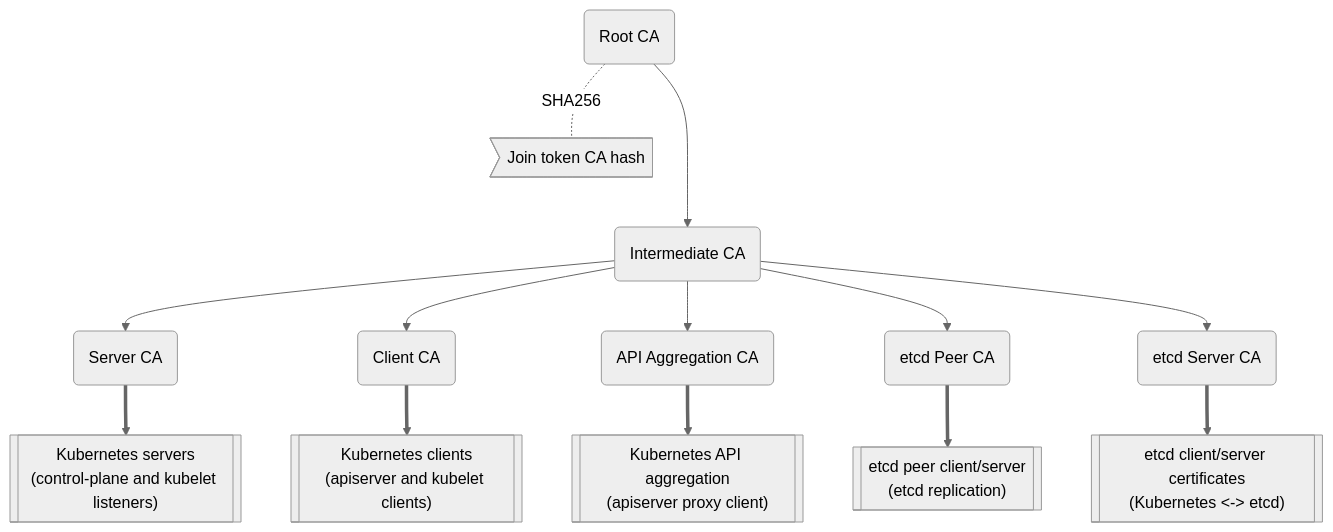
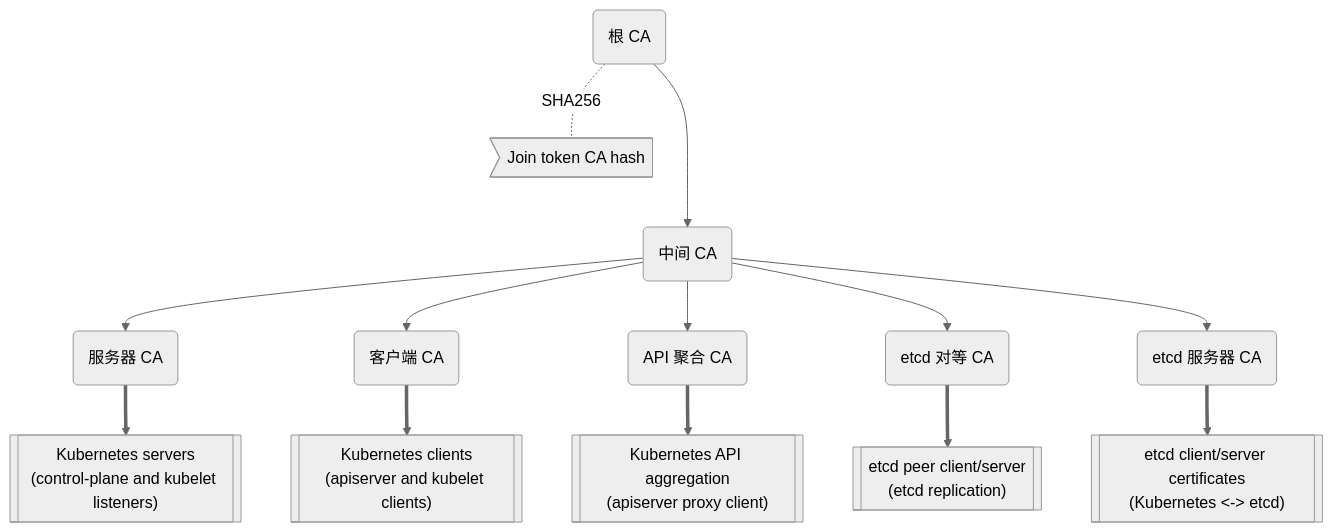
Before and after one commit to rancher/rke2-product-docs: the first of 3 diagrams in versions/latest/modules/zh/pages/security/certificates.adoc, drawn with Mermaid (neutral theme). The commit also changed other lines of this file and 323 other files, not shown here.

```diff
--- a/versions/latest/modules/zh/pages/security/certificates.adoc
+++ b/versions/latest/modules/zh/pages/security/certificates.adoc
@@ -141,27 +140,27 @@
 [mermaid]
 ....
 graph TD
-  root("Root CA")
-  intermediate("Intermediate CA")
-  server-ca("Server CA")
-  client-ca("Client CA")
-  request-header-ca("API Aggregation CA")
-  etcd-peer-ca("etcd Peer CA")
-  etcd-server-ca("etcd Server CA")
+  root("根 CA")
+  intermediate("中间 CA")
+  server-ca("服务器 CA")
+  client-ca("客户端 CA")
+  request-header-ca("API 聚合 CA")
+  etcd-peer-ca("etcd 对等 CA")
+  etcd-server-ca("etcd 服务器 CA")
 
   root-hash>"Join token CA hash"]
 
   kube-server-certs[["Kubernetes servers<br/>(control-plane and kubelet listeners)"]]
   kube-client-certs[["Kubernetes clients<br/>(apiserver and kubelet clients)"]]
   request-header-certs[["Kubernetes API aggregation<br/>(apiserver proxy client)"]]
   etcd-peer-certs[["etcd peer client/server<br/>(etcd replication)"]]
   etcd-server-certs[["etcd client/server certificates<br/>(Kubernetes <-> etcd)"]]
 
   root -.-|SHA256| root-hash
   root ---> intermediate
   intermediate --> server-ca ==> kube-server-certs
   intermediate --> client-ca ==> kube-client-certs
   intermediate --> request-header-ca ==> request-header-certs
   intermediate --> etcd-peer-ca ==> etcd-peer-certs
   intermediate --> etcd-server-ca ==> etcd-server-certs
 ....
```
